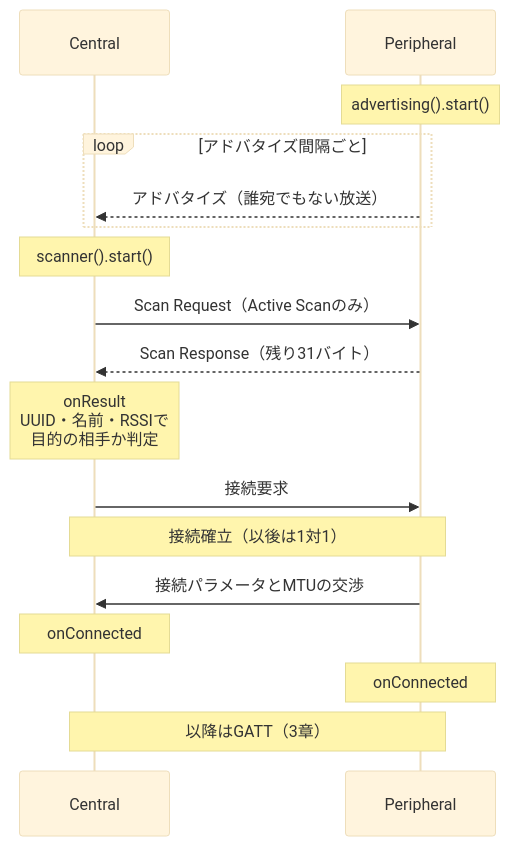
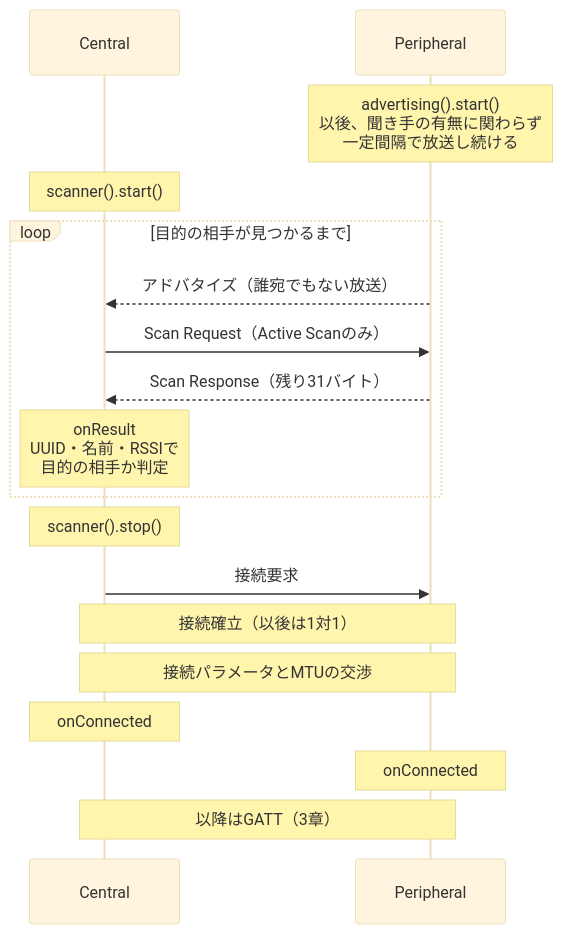
One commit to tanakamasayuki/EspBle changed the first of 2 diagrams in docs/GUIDE_BLE_BASICS.ja.md. Above: the diagram before and after it, drawn with Mermaid (base theme).

Commit message:
feat: アドバタイズとスキャンの説明を改善し、シーケンス図を更新

````diff
--- a/docs/GUIDE_BLE_BASICS.ja.md
+++ b/docs/GUIDE_BLE_BASICS.ja.md
@@ -337,19 +337,20 @@
 ```mermaid
 sequenceDiagram
     participant C as Central
     participant P as Peripheral
-    Note over P: advertising().start()
-    loop アドバタイズ間隔ごと
+    Note over P: advertising().start()<br/>以後、聞き手の有無に関わらず<br/>一定間隔で放送し続ける
+    Note over C: scanner().start()
+    loop 目的の相手が見つかるまで
         P-->>C: アドバタイズ（誰宛でもない放送）
+        C->>P: Scan Request（Active Scanのみ）
+        P-->>C: Scan Response（残り31バイト）
+        Note over C: onResult<br/>UUID・名前・RSSIで<br/>目的の相手か判定
     end
-    Note over C: scanner().start()
-    C->>P: Scan Request（Active Scanのみ）
-    P-->>C: Scan Response（残り31バイト）
-    Note over C: onResult<br/>UUID・名前・RSSIで<br/>目的の相手か判定
+    Note over C: scanner().stop()
     C->>P: 接続要求
     Note over C,P: 接続確立（以後は1対1）
-    P->>C: 接続パラメータとMTUの交渉
+    Note over C,P: 接続パラメータとMTUの交渉
     Note over C: onConnected
     Note over P: onConnected
     Note over C,P: 以降はGATT（3章）
 ```
````
